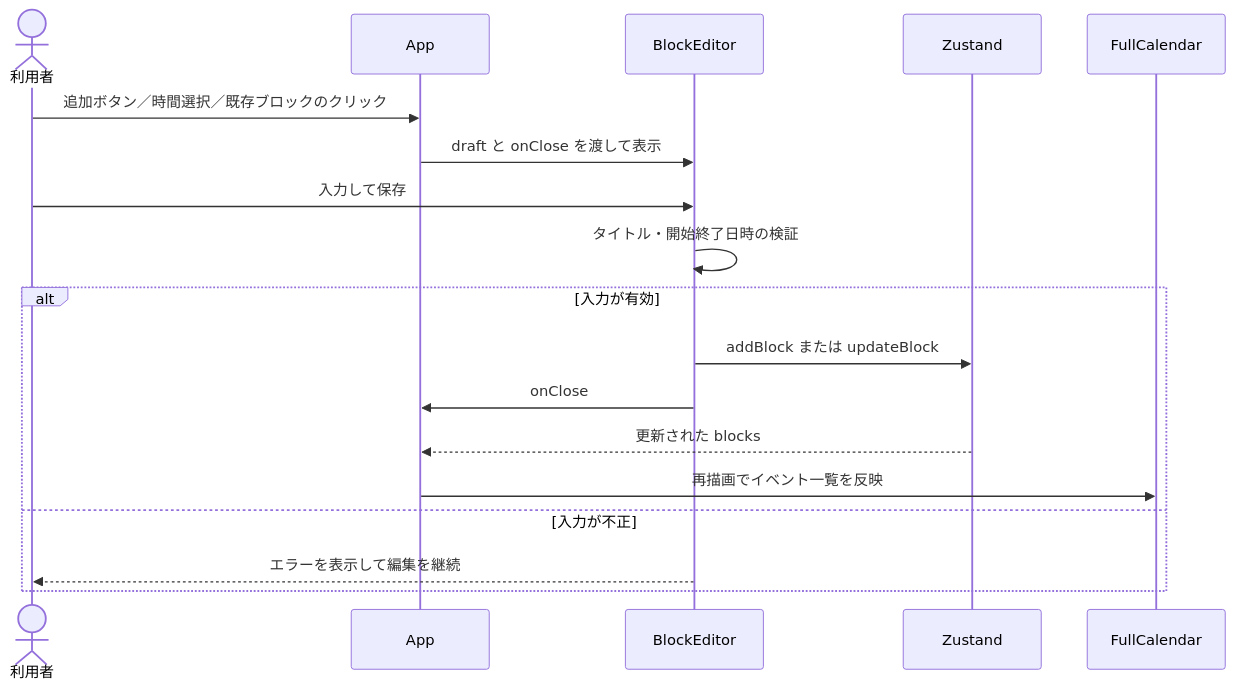
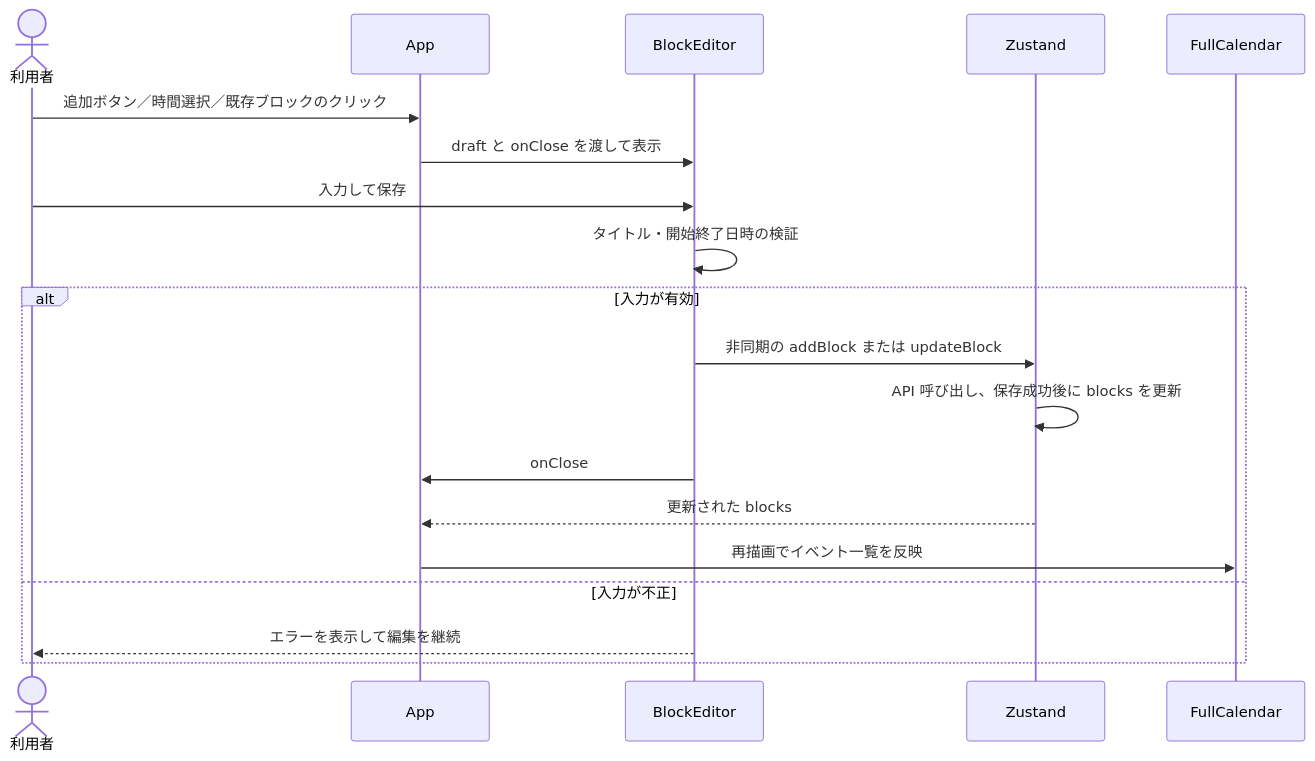
One commit to DSawada3/devscope changed the third of 3 diagrams in docs/architecture/frontend.md. Above: the diagram before and after it, drawn with Mermaid. The commit also changed other lines of this file and 19 other files, not shown here.

````diff
--- a/docs/architecture/frontend.md
+++ b/docs/architecture/frontend.md
@@ -89,20 +92,21 @@
 ```mermaid
 sequenceDiagram
   actor User as 利用者
   participant App as App
   participant Editor as BlockEditor
   participant Store as Zustand
   participant Calendar as FullCalendar
   User->>App: 追加ボタン／時間選択／既存ブロックのクリック
   App->>Editor: draft と onClose を渡して表示
   User->>Editor: 入力して保存
   Editor->>Editor: タイトル・開始終了日時の検証
   alt 入力が有効
-    Editor->>Store: addBlock または updateBlock
+    Editor->>Store: 非同期の addBlock または updateBlock
+    Store->>Store: API 呼び出し、保存成功後に blocks を更新
     Editor->>App: onClose
     Store-->>App: 更新された blocks
     App->>Calendar: 再描画でイベント一覧を反映
   else 入力が不正
     Editor-->>User: エラーを表示して編集を継続
   end
 ```
````
